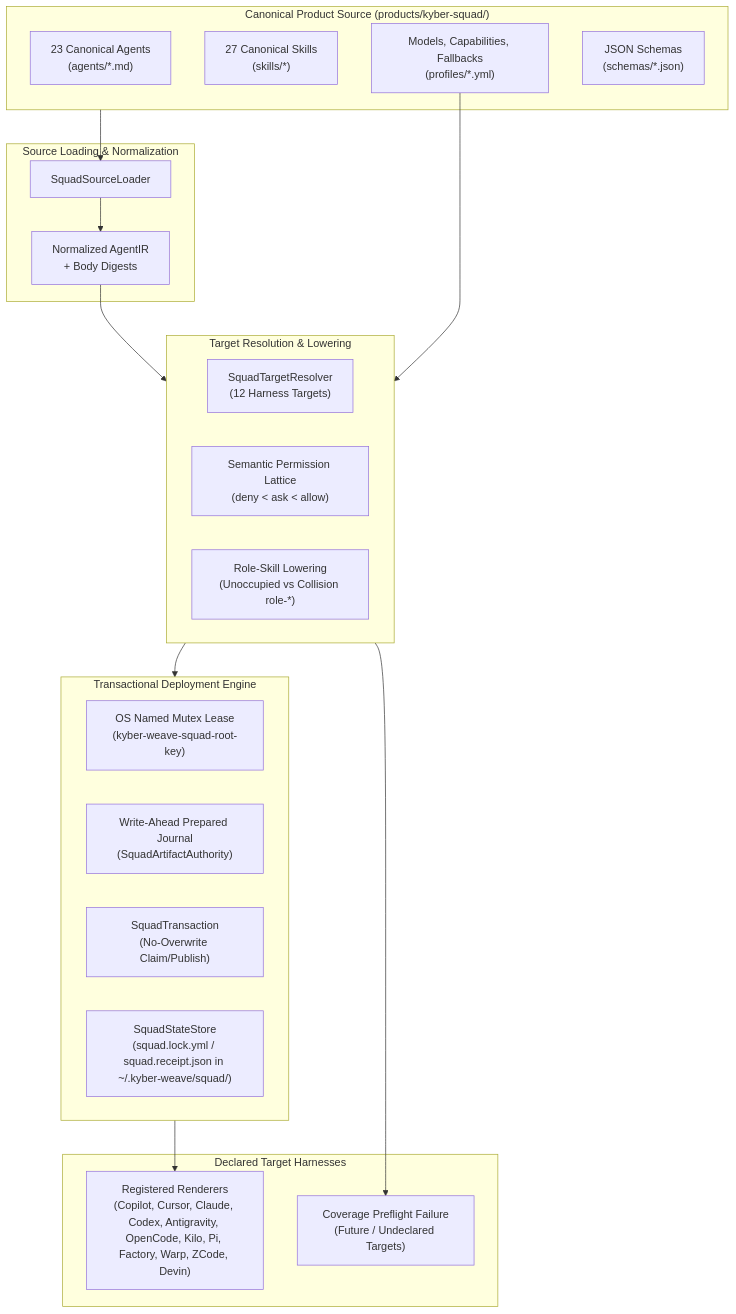
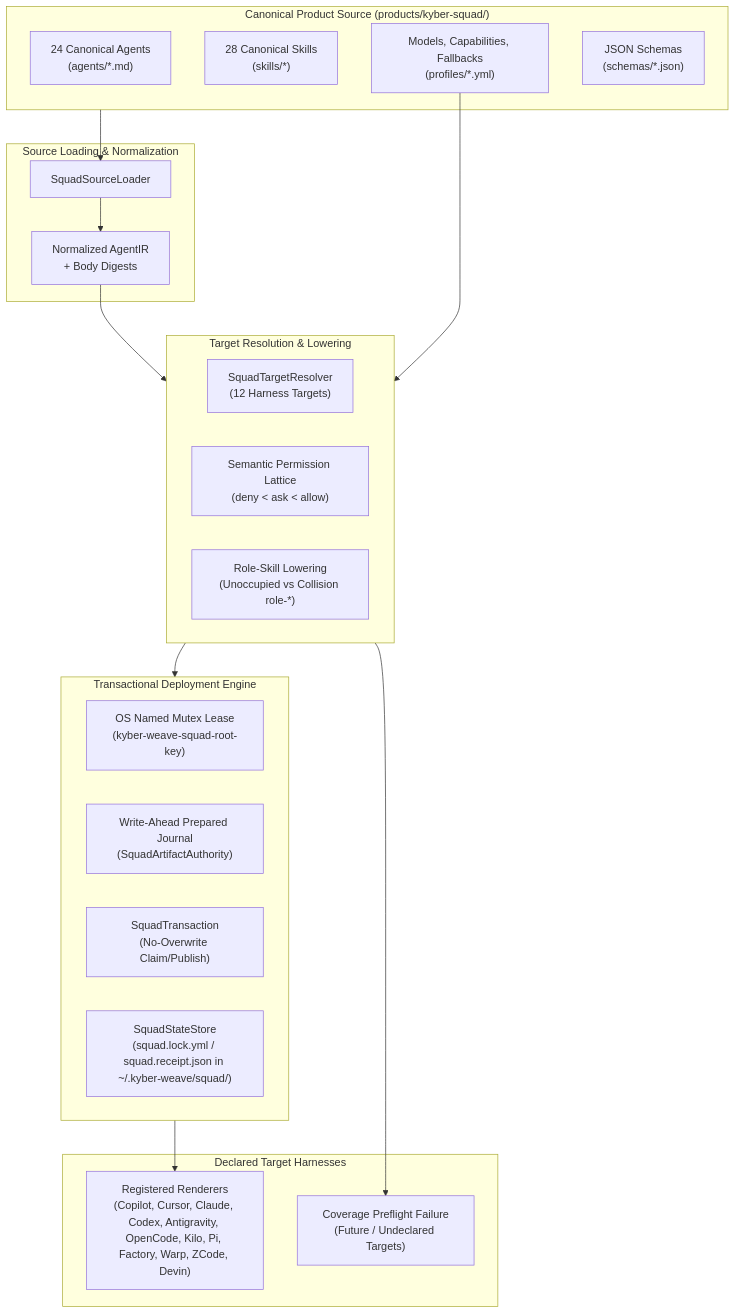
One commit to dpalfery/kyber-weave changed the first of 6 diagrams in docs/kyber-squad/architecture.md. Above: the diagram before and after it, drawn with Mermaid. The commit also changed other lines of this file and 34 other files, not shown here.

````diff
--- a/docs/kyber-squad/architecture.md
+++ b/docs/kyber-squad/architecture.md
@@ -65,40 +65,40 @@
 ```mermaid
 flowchart TD
     subgraph CanonicalSource["Canonical Product Source (products/kyber-squad/)"]
-        Agents["23 Canonical Agents\n(agents/*.md)"]
-        Skills["27 Canonical Skills\n(skills/*)"]
+        Agents["24 Canonical Agents\n(agents/*.md)"]
+        Skills["28 Canonical Skills\n(skills/*)"]
         Profiles["Models, Capabilities, Fallbacks\n(profiles/*.yml)"]
         Schemas["JSON Schemas\n(schemas/*.json)"]
     end
 
     subgraph Loader["Source Loading & Normalization"]
         SquadSourceLoader["SquadSourceLoader"]
         AgentIR["Normalized AgentIR\n+ Body Digests"]
     end
 
     subgraph Compiler["Target Resolution & Lowering"]
         SquadTargetResolver["SquadTargetResolver\n(12 Harness Targets)"]
         Lattice["Semantic Permission Lattice\n(deny < ask < allow)"]
         Lowering["Role-Skill Lowering\n(Unoccupied vs Collision role-*)"]
     end
 
     subgraph DeploymentEngine["Transactional Deployment Engine"]
         Mutex["OS Named Mutex Lease\n(kyber-weave-squad-root-key)"]
         Journal["Write-Ahead Prepared Journal\n(SquadArtifactAuthority)"]
         Transaction["SquadTransaction\n(No-Overwrite Claim/Publish)"]
         StateStore["SquadStateStore\n(squad.lock.yml / squad.receipt.json in ~/.kyber-weave/squad/)"]
     end
 
     subgraph TargetHarnesses["Declared Target Harnesses"]
         RegisteredTargets["Registered Renderers\n(Copilot, Cursor, Claude, Codex, Antigravity, OpenCode, Kilo, Pi, Factory, Warp, ZCode, Devin)"]
         UnsupportedTargets["Coverage Preflight Failure\n(Future / Undeclared Targets)"]
     end
 
     CanonicalSource --> SquadSourceLoader
     SquadSourceLoader --> AgentIR
     AgentIR --> Compiler
     Profiles --> Compiler
     Compiler --> DeploymentEngine
     DeploymentEngine --> RegisteredTargets
     Compiler --> UnsupportedTargets
 ```
````
